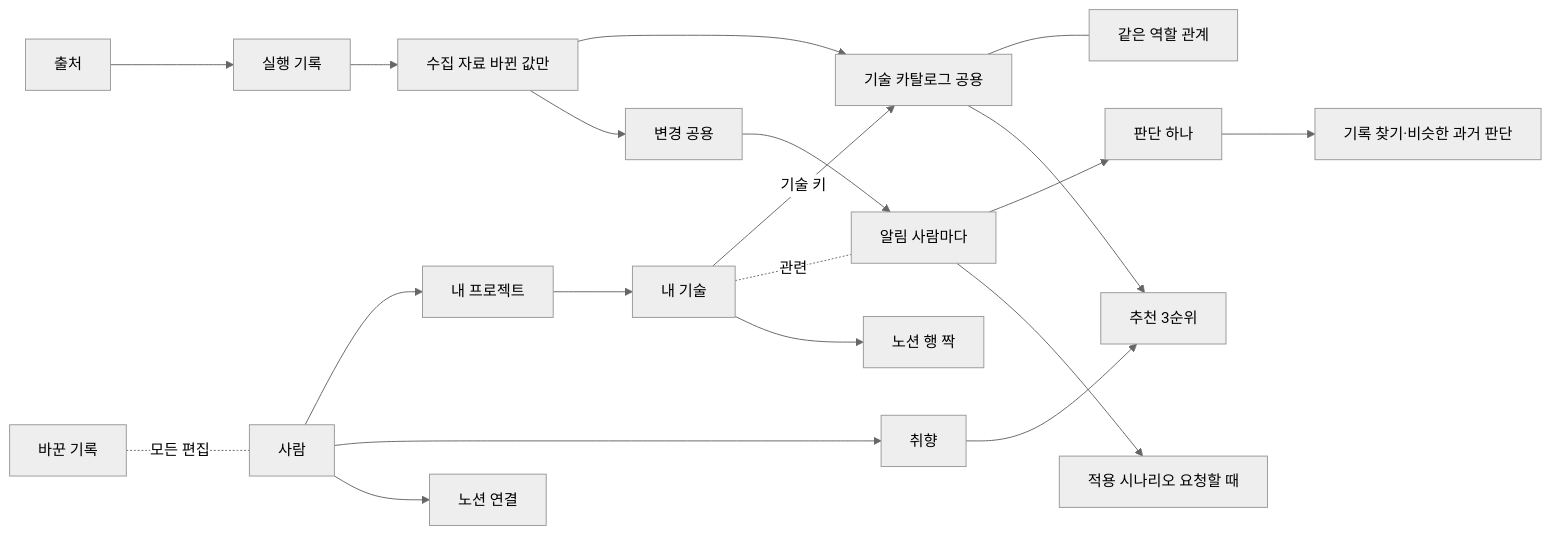
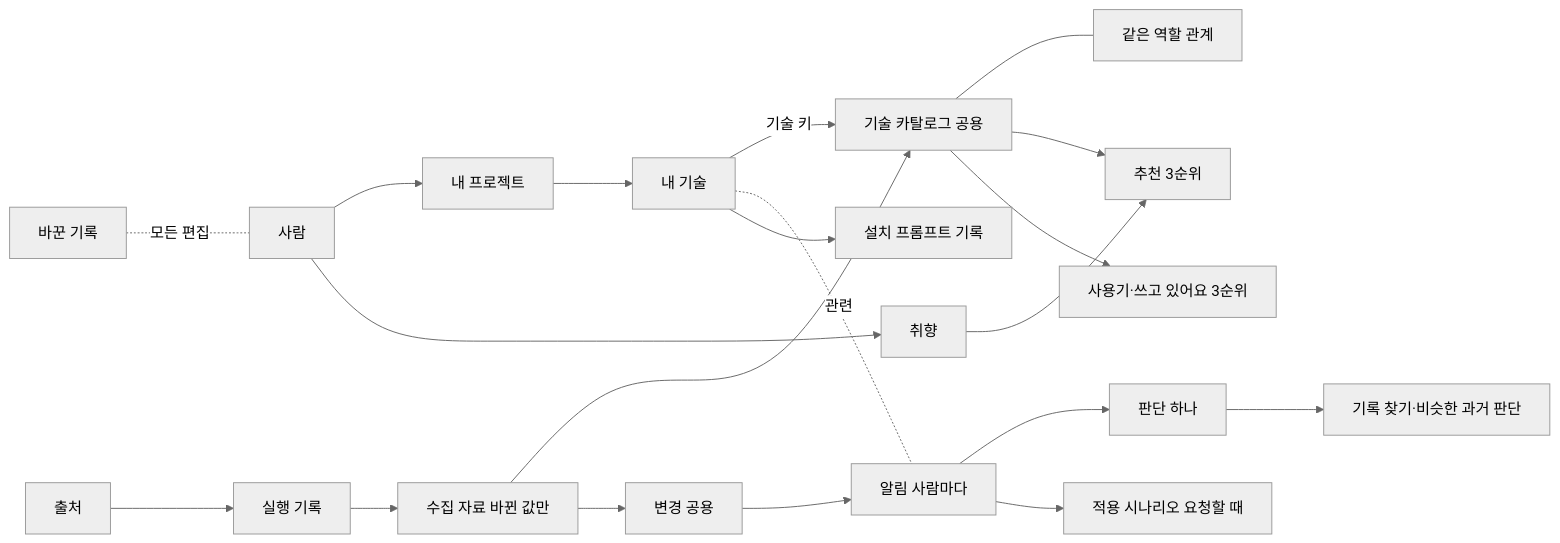
One commit to tempTechRadar/TechRadar changed the diagram in docs/데이터설계.md. Above: the diagram before and after it, drawn with Mermaid (neutral theme). The commit also changed other lines of this file and 9 other files, not shown here.

````diff
--- a/docs/데이터설계.md
+++ b/docs/데이터설계.md
@@ -8,22 +8,22 @@
 ```mermaid
 flowchart LR
   U[사람] --> P[내 프로젝트]
   U --> PR[취향]
   P --> MT[내 기술]
   MT -- 기술 키 --> T[기술 카탈로그 공용]
   T --- R[같은 역할 관계]
   S[출처] --> RUN[실행 기록]
   RUN --> O[수집 자료 바뀐 값만]
   O --> T
   O --> C[변경 공용]
   C --> A[알림 사람마다]
   MT -.관련.- A
   A --> J[판단 하나]
   A --> SC[적용 시나리오 요청할 때]
   J --> H[기록 찾기·비슷한 과거 판단]
   PR --> RC[추천 3순위]
   T --> RC
-  MT --> NR[노션 행 짝]
-  U --> NC[노션 연결]
+  MT --> EX[설치 프롬프트 기록]
+  T --> UN[사용기·쓰고 있어요 3순위]
   AU[바꾼 기록] -.모든 편집.- U
 ```
````
